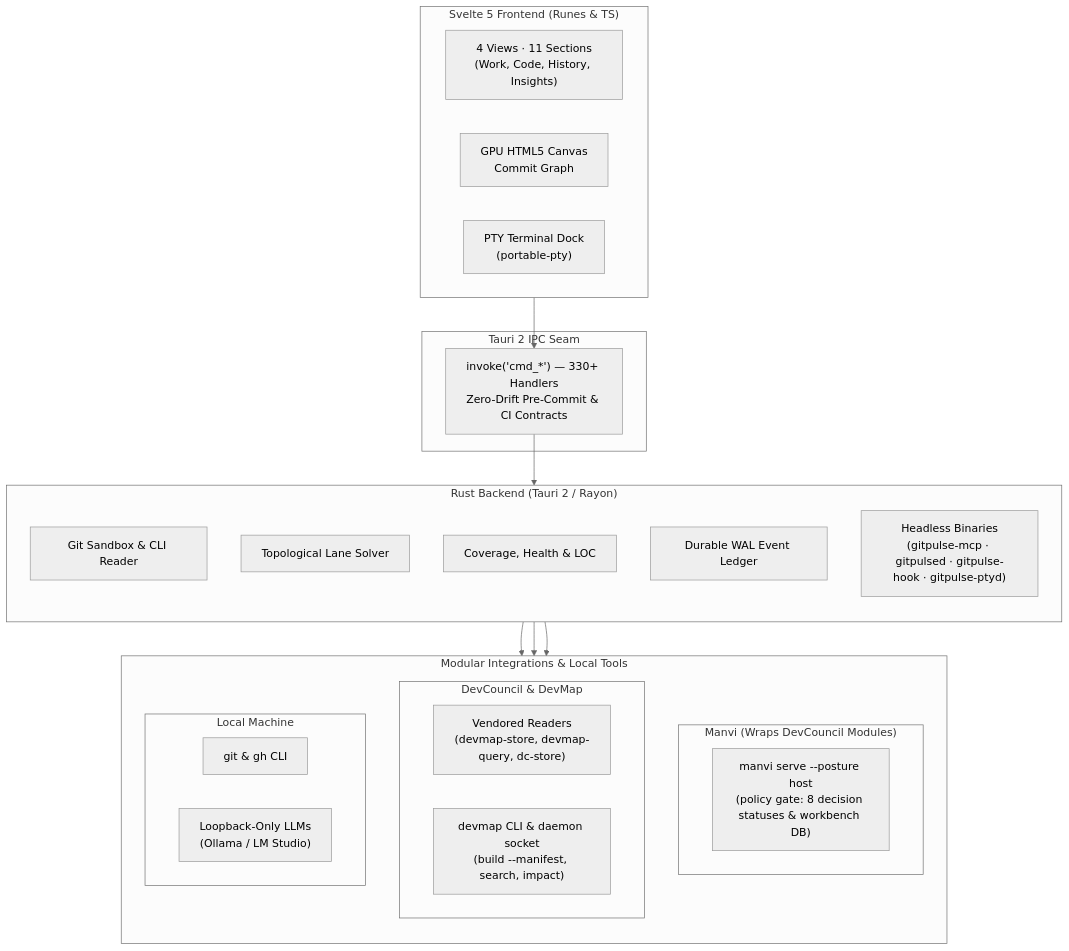
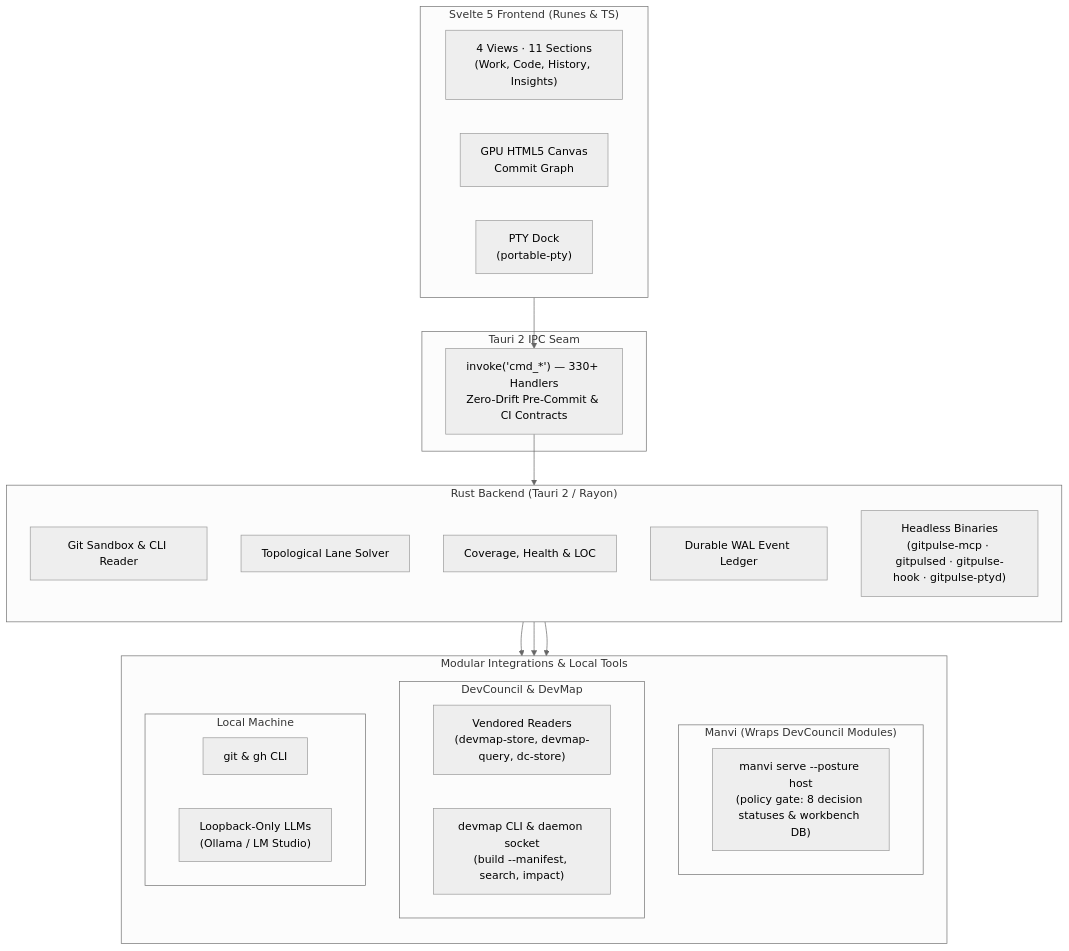
One commit to bharathvbcr/GitPulse changed the diagram in README.md. Above: the diagram before and after it, drawn with Mermaid (neutral theme). The commit also changed other lines of this file and 17 other files, not shown here.

First line of the commit message:
Dock: rename the terminal dock to the Dock in user-facing copy

````diff
--- a/README.md
+++ b/README.md
@@ -247,43 +247,43 @@
 ```mermaid
 flowchart TB
     subgraph Frontend["Svelte 5 Frontend (Runes & TS)"]
         direction LR
         Views["4 Views · 11 Sections<br/>(Work, Code, History, Insights)"]
         Canvas["GPU HTML5 Canvas<br/>Commit Graph"]
-        TerminalDock["PTY Terminal Dock<br/>(portable-pty)"]
+        TerminalDock["PTY Dock<br/>(portable-pty)"]
     end
 
     subgraph IPC["Tauri 2 IPC Seam"]
         Bridge["invoke('cmd_*') — 330+ Handlers<br/>Zero-Drift Pre-Commit & CI Contracts"]
     end
 
     subgraph Backend["Rust Backend (Tauri 2 / Rayon)"]
         direction TB
         GitEngine["Git Sandbox & CLI Reader"]
         LaneSolver["Topological Lane Solver"]
         Analyzers["Coverage, Health & LOC"]
         Ledger["Durable WAL Event Ledger"]
         Headless["Headless Binaries<br/>(gitpulse-mcp · gitpulsed · gitpulse-hook · gitpulse-ptyd)"]
     end
 
     subgraph Integrations["Modular Integrations & Local Tools"]
         direction TB
         subgraph ManviWrap["Manvi (Wraps DevCouncil Modules)"]
             ManviSidecar["manvi serve --posture host<br/>(policy gate: 8 decision statuses & workbench DB)"]
         end
         subgraph DevCouncilMods["DevCouncil & DevMap"]
             Vendored["Vendored Readers<br/>(devmap-store, devmap-query, dc-store)"]
             DevMapCLI["devmap CLI & daemon socket<br/>(build --manifest, search, impact)"]
         end
         subgraph LocalTools["Local Machine"]
             CLI["git & gh CLI"]
             LocalLLM["Loopback-Only LLMs<br/>(Ollama / LM Studio)"]
         end
     end
 
     Frontend --> Bridge
     Bridge --> Backend
     Backend --> ManviWrap
     Backend --> DevCouncilMods
     Backend --> LocalTools
 ```
````
